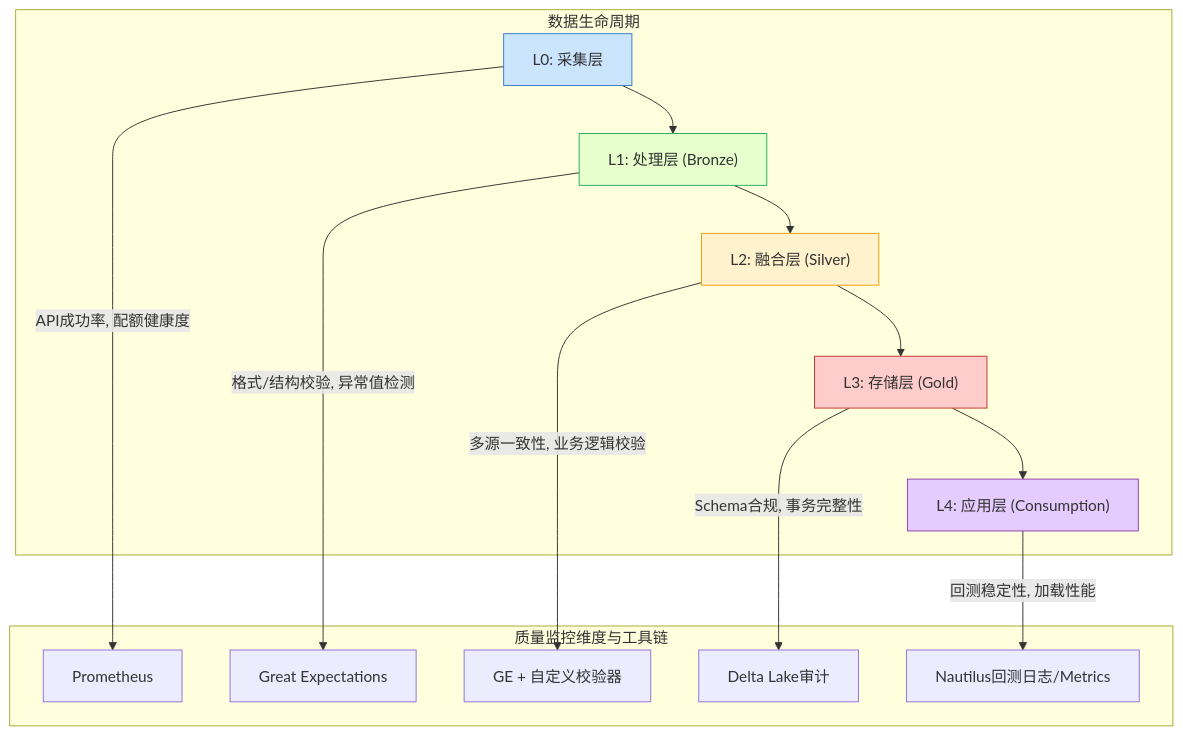
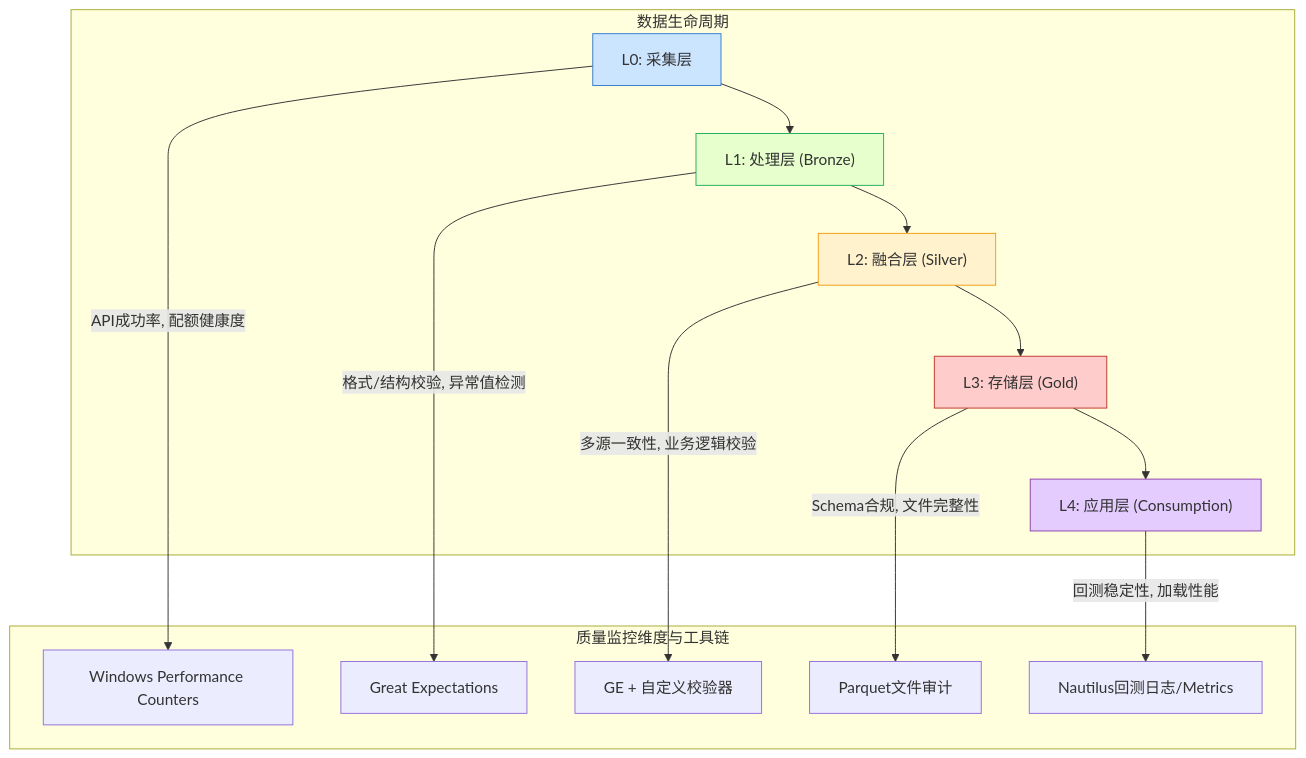
Before and after one commit to jiaenyue/project-argus-qmt-agent: the first of 3 diagrams in argus-doc/quality_kpi.md, drawn with Mermaid. The commit also changed other lines of this file and 340 other files, not shown here.

````diff
--- a/argus-doc/quality_kpi.md
+++ b/argus-doc/quality_kpi.md
@@ -29,24 +29,24 @@
 ```mermaid
 graph TD
     subgraph "数据生命周期"
         A["L0: 采集层"] --> B["L1: 处理层 (Bronze)"]
         B --> C["L2: 融合层 (Silver)"]
         C --> D["L3: 存储层 (Gold)"]
         D --> E["L4: 应用层 (Consumption)"]
     end
 
     subgraph "质量监控维度与工具链"
         %% Links from layers to dimensions
-        A -- "API成功率, 配额健康度" --> M1[Prometheus]
+        A -- "API成功率, 配额健康度" --> M1[Windows Performance Counters]
         B -- "格式/结构校验, 异常值检测" --> M2[Great Expectations]
         C -- "多源一致性, 业务逻辑校验" --> M3["GE + 自定义校验器"]
-        D -- "Schema合规, 事务完整性" --> M4[Delta Lake审计]
+        D -- "Schema合规, 文件完整性" --> M4[Parquet文件审计]
         E -- "回测稳定性, 加载性能" --> M5["Nautilus回测日志/Metrics"]
     end
 
     style A fill:#cce5ff,stroke:#367dcc
     style B fill:#e6ffcc,stroke:#27ae60
     style C fill:#fff2cc,stroke:#f39c12
     style D fill:#ffcccc,stroke:#c0392b
     style E fill:#e5ccff,stroke:#8e44ad
 ```
````
